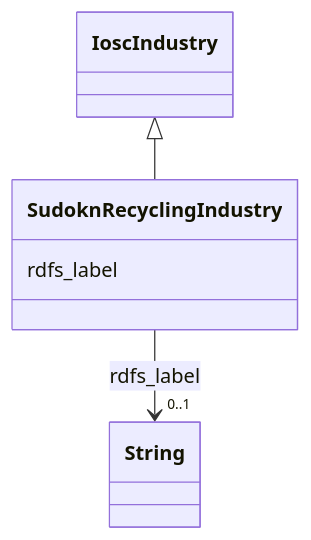
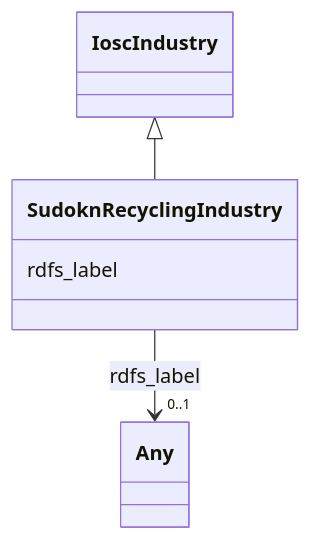
Before and after one commit to frink-okn/graph-descriptions: the diagram in sudokn-kg/classes/SudoknRecyclingIndustry.md, drawn with Mermaid. The commit also changed other lines of this file and 903 other files, not shown here.

````diff
--- a/sudokn-kg/classes/SudoknRecyclingIndustry.md
+++ b/sudokn-kg/classes/SudoknRecyclingIndustry.md
@@ -23,18 +18,18 @@
 ```mermaid
  classDiagram
     class SudoknRecyclingIndustry
     click SudoknRecyclingIndustry href "../SudoknRecyclingIndustry"
       IoscIndustry <|-- SudoknRecyclingIndustry
         click IoscIndustry href "../IoscIndustry"
       
       SudoknRecyclingIndustry : rdfs_label
         
           
     
     
-    SudoknRecyclingIndustry --> "0..1" String : rdfs_label
-    click String href "../String"
+    SudoknRecyclingIndustry --> "0..1" Any : rdfs_label
+    click Any href "../Any"
 
         
       
 ```
````
